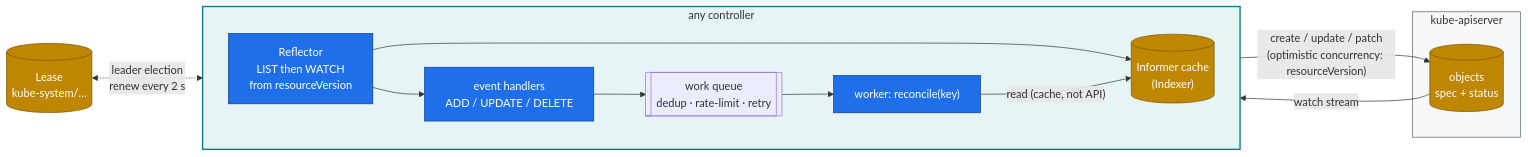
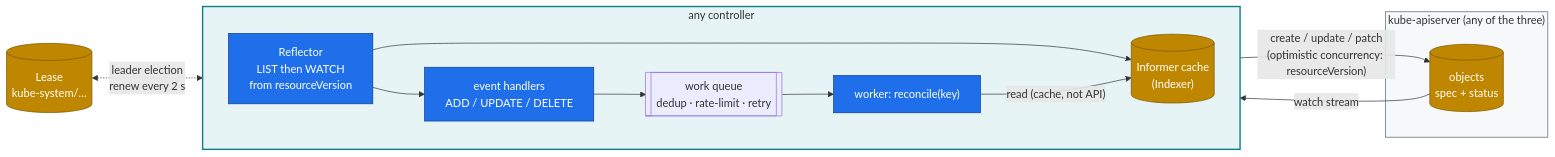
The first of 2 diagrams in 02 Kubernetes/04-kube-controller-manager-and-controllers.md (cloudone365/technical-depth), drawn with Mermaid before and after one commit. The commit also changed other lines of this file and 53 other files, not shown here.

````diff
--- a/02 Kubernetes/04-kube-controller-manager-and-controllers.md
+++ b/02 Kubernetes/04-kube-controller-manager-and-controllers.md
@@ -23,23 +26,23 @@
 ```mermaid
 flowchart LR
-  subgraph APIS["kube-apiserver"]
+  subgraph APIS["kube-apiserver (any of the three)"]
     OBJ[("objects<br/>spec + status")]
   end
   subgraph CTRL["any controller"]
     direction LR
     REF["Reflector<br/>LIST then WATCH<br/>from resourceVersion"] --> CACHE[("Informer cache<br/>(Indexer)")]
     REF --> H["event handlers<br/>ADD / UPDATE / DELETE"]
     H --> Q[["work queue<br/>dedup · rate-limit · retry"]]
     Q --> W["worker: reconcile(key)"]
     W -->|"read (cache, not API)"| CACHE
   end
   OBJ -- "watch stream" --> REF
   W -- "create / update / patch<br/>(optimistic concurrency: resourceVersion)" --> OBJ
   LEASE[("Lease<br/>kube-system/…")] <-. "leader election<br/>renew every 2 s" .-> CTRL
   classDef ctrl fill:#1f6feb,stroke:#0b3d91,color:#fff
   classDef store fill:#bf8700,stroke:#7a5600,color:#fff
   class REF,H,W ctrl
   class OBJ,CACHE,LEASE store
   style CTRL fill:#e6f4f5,stroke:#0e7c86,stroke-width:2px
   style APIS fill:#f6f8fa,stroke:#57606a
 ```
````
